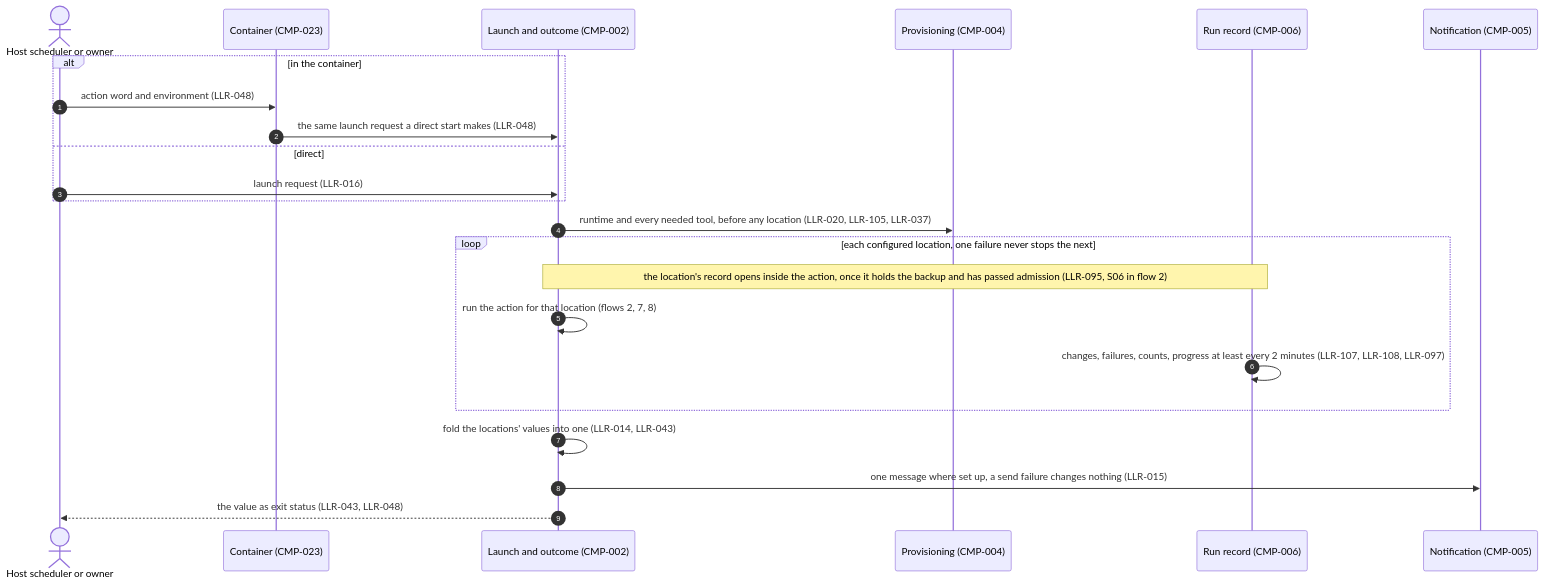
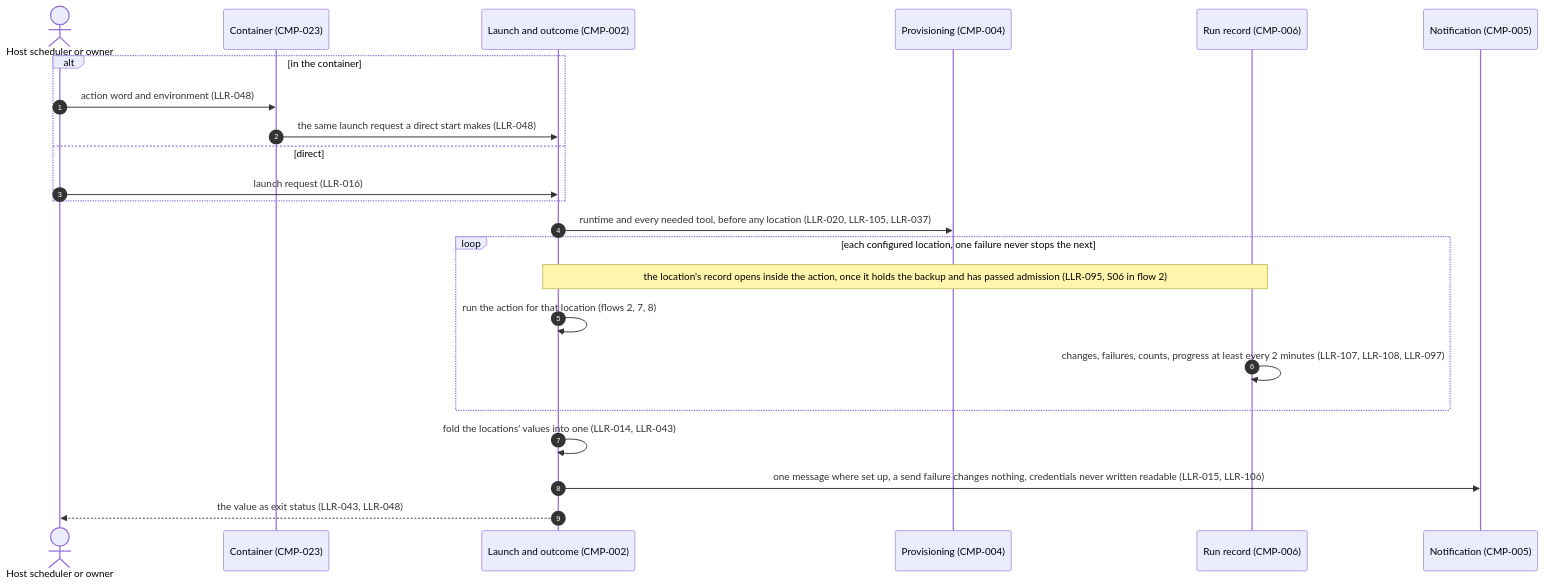
One commit to diytechy/FileBackup changed the ninth of 9 diagrams in docs/runtime-flows.md. Above: the diagram before and after it, drawn with Mermaid. The commit also changed other lines of this file and 5 other files, not shown here.

````diff
--- a/docs/runtime-flows.md
+++ b/docs/runtime-flows.md
@@ -300,25 +310,25 @@
 ```mermaid
 sequenceDiagram
     autonumber
     actor Host as Host scheduler or owner
     participant Ctr as Container (CMP-023)
     participant Op as Launch and outcome (CMP-002)
     participant Prov as Provisioning (CMP-004)
     participant Rec as Run record (CMP-006)
     participant Ntf as Notification (CMP-005)
     alt in the container
         Host->>Ctr: action word and environment (LLR-048)
         Ctr->>Op: the same launch request a direct start makes (LLR-048)
     else direct
         Host->>Op: launch request (LLR-016)
     end
     Op->>Prov: runtime and every needed tool, before any location (LLR-020, LLR-105, LLR-037)
     loop each configured location, one failure never stops the next
         Note over Op,Rec: the location's record opens inside the action, once it holds the backup and has passed admission (LLR-095, S06 in flow 2)
         Op->>Op: run the action for that location (flows 2, 7, 8)
         Rec->>Rec: changes, failures, counts, progress at least every 2 minutes (LLR-107, LLR-108, LLR-097)
     end
     Op->>Op: fold the locations' values into one (LLR-014, LLR-043)
-    Op->>Ntf: one message where set up, a send failure changes nothing (LLR-015)
+    Op->>Ntf: one message where set up, a send failure changes nothing, credentials never written readable (LLR-015, LLR-106)
     Op-->>Host: the value as exit status (LLR-043, LLR-048)
 ```
````
